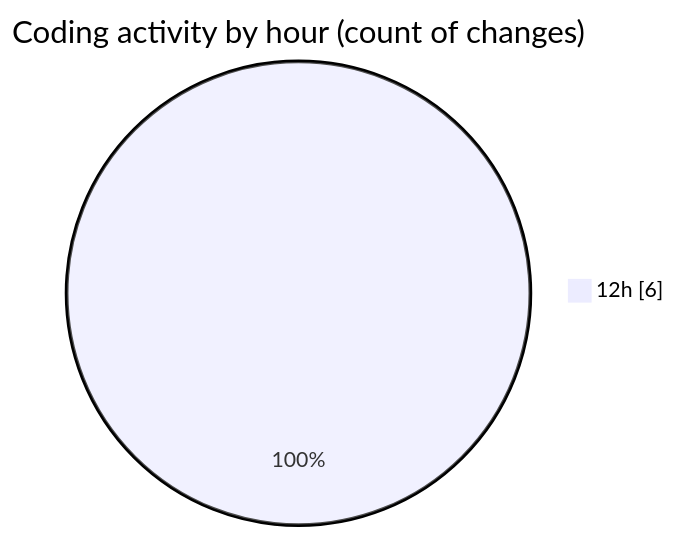
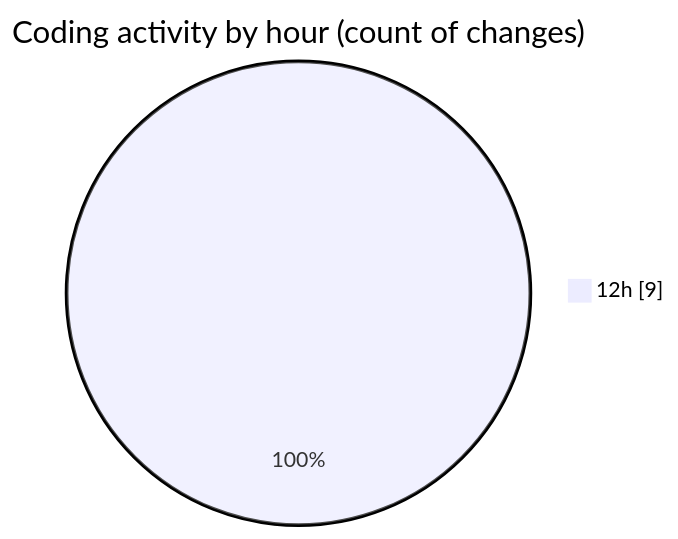
The second of 2 diagrams in 2025-03-04/simulador-serial/README.md (robertbonfada/code-tracking), drawn with Mermaid before and after one commit. The commit also changed other lines of this file and 1 other file, not shown here.

````diff
--- a/2025-03-04/simulador-serial/README.md
+++ b/2025-03-04/simulador-serial/README.md
@@ -30,5 +31,5 @@
 ```mermaid
 pie showData
 title Coding activity by hour (count of changes)
-"12h" : 6
+"12h" : 9
 ```
````
